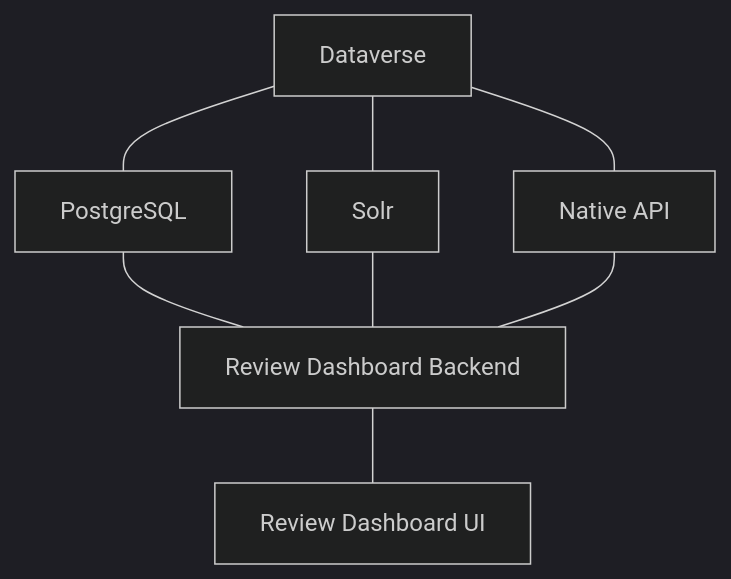
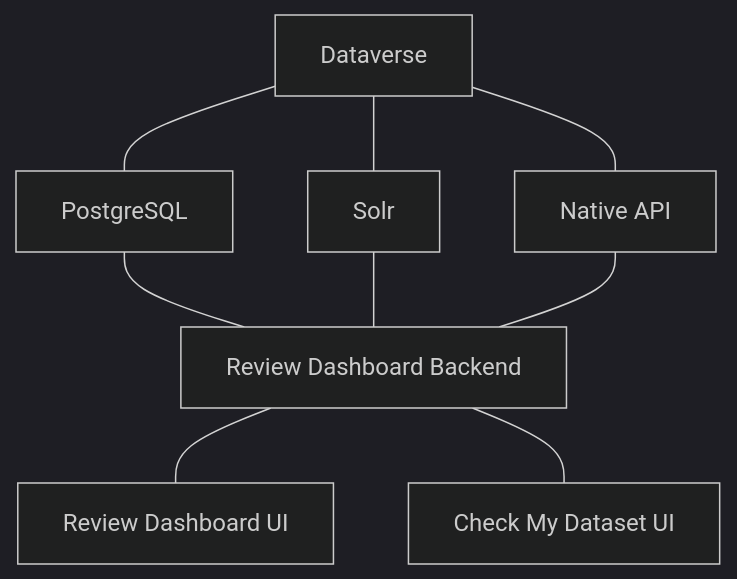
Before and after one commit to libis/rdm-review-dashboard: the diagram in docs/architecture.md, drawn with Mermaid (dark theme). The commit also changed other lines of this file, not shown here.

Commit message:
edited doc for architecture

````diff
--- a/docs/architecture.md
+++ b/docs/architecture.md
@@ -32,20 +32,21 @@
 ``` mermaid 
 flowchart TB  
 
 DV[Dataverse]  
 PG[PostgreSQL]  
 SOLR[Solr]  
 API[Native API]  
 
 BE[Review Dashboard Backend]  
 UI[Review Dashboard UI]  
+CMD_UI[Check My Dataset UI]  
 
 DV --- PG  
 DV --- SOLR  
 DV --- API  
 PG --- BE  
 SOLR --- BE  
 API --- BE  
 BE --- UI
-
+BE --- CMD_UI
 ```
````
